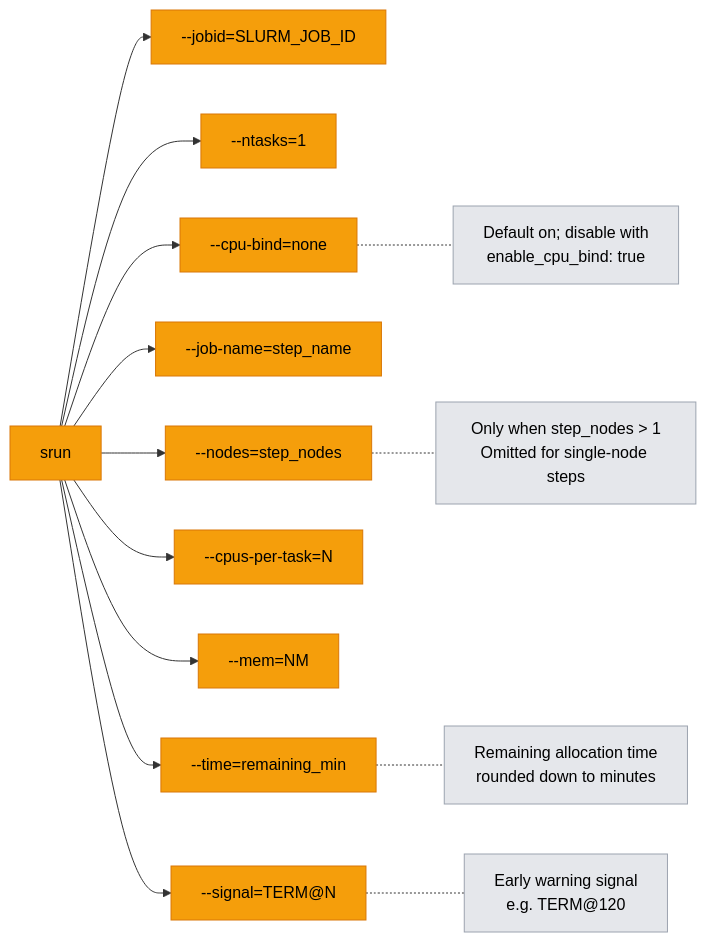
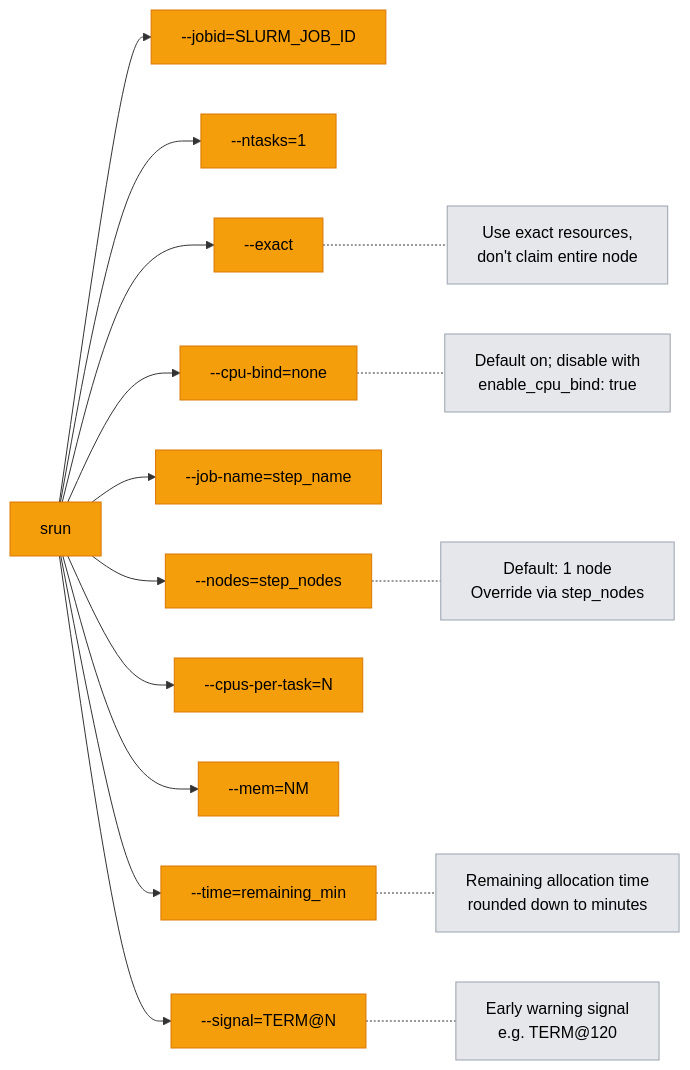
One commit to NatLabRockies/torc changed the second of 6 diagrams in docs/src/specialized/design/srun-monitoring.md. Above: the diagram before and after it, drawn with Mermaid. The commit also changed other lines of this file and 1 other file, not shown here.

Commit message:
Fix multi-node jobs

````diff
--- a/docs/src/specialized/design/srun-monitoring.md
+++ b/docs/src/specialized/design/srun-monitoring.md
@@ -66,32 +66,35 @@
 ```mermaid
 flowchart LR
     classDef flag fill:#f59e0b,color:#000,stroke:#d97706
     classDef note fill:#e5e7eb,color:#000,stroke:#9ca3af
 
     SRUN[srun]:::flag
     JOBID["--jobid=SLURM_JOB_ID"]:::flag
     NT["--ntasks=1"]:::flag
+    EX["--exact"]:::flag
     CB["--cpu-bind=none"]:::flag
     JN["--job-name=step_name"]:::flag
     ND["--nodes=step_nodes"]:::flag
     CPU["--cpus-per-task=N"]:::flag
     MEM["--mem=NM"]:::flag
     TIME["--time=remaining_min"]:::flag
     SIG["--signal=TERM@N"]:::flag
 
     SRUN --> JOBID
     SRUN --> NT
+    SRUN --> EX
     SRUN --> CB
     SRUN --> JN
     SRUN --> ND
 
-    ND -.- N1["Only when step_nodes > 1<br/>Omitted for single-node steps"]:::note
+    EX -.- N0["Use exact resources,<br/>don't claim entire node"]:::note
+    ND -.- N1["Default: 1 node<br/>Override via step_nodes"]:::note
     CB -.- N2["Default on; disable with<br/>enable_cpu_bind: true"]:::note
     TIME -.- N4["Remaining allocation time<br/>rounded down to minutes"]:::note
     SIG -.- N5["Early warning signal<br/>e.g. TERM@120"]:::note
 
     SRUN --> CPU
     SRUN --> MEM
     SRUN --> TIME
     SRUN --> SIG
 ```
````
